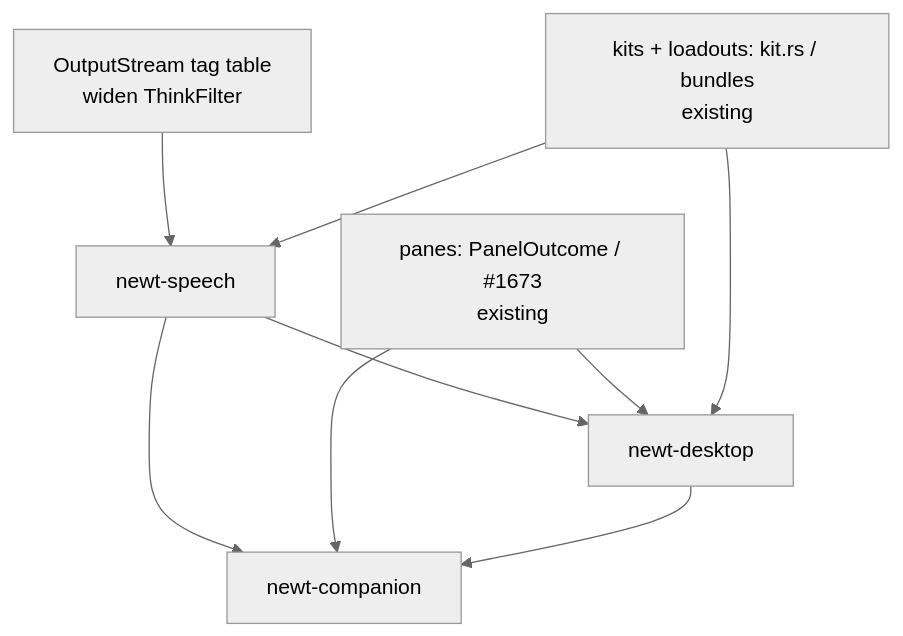
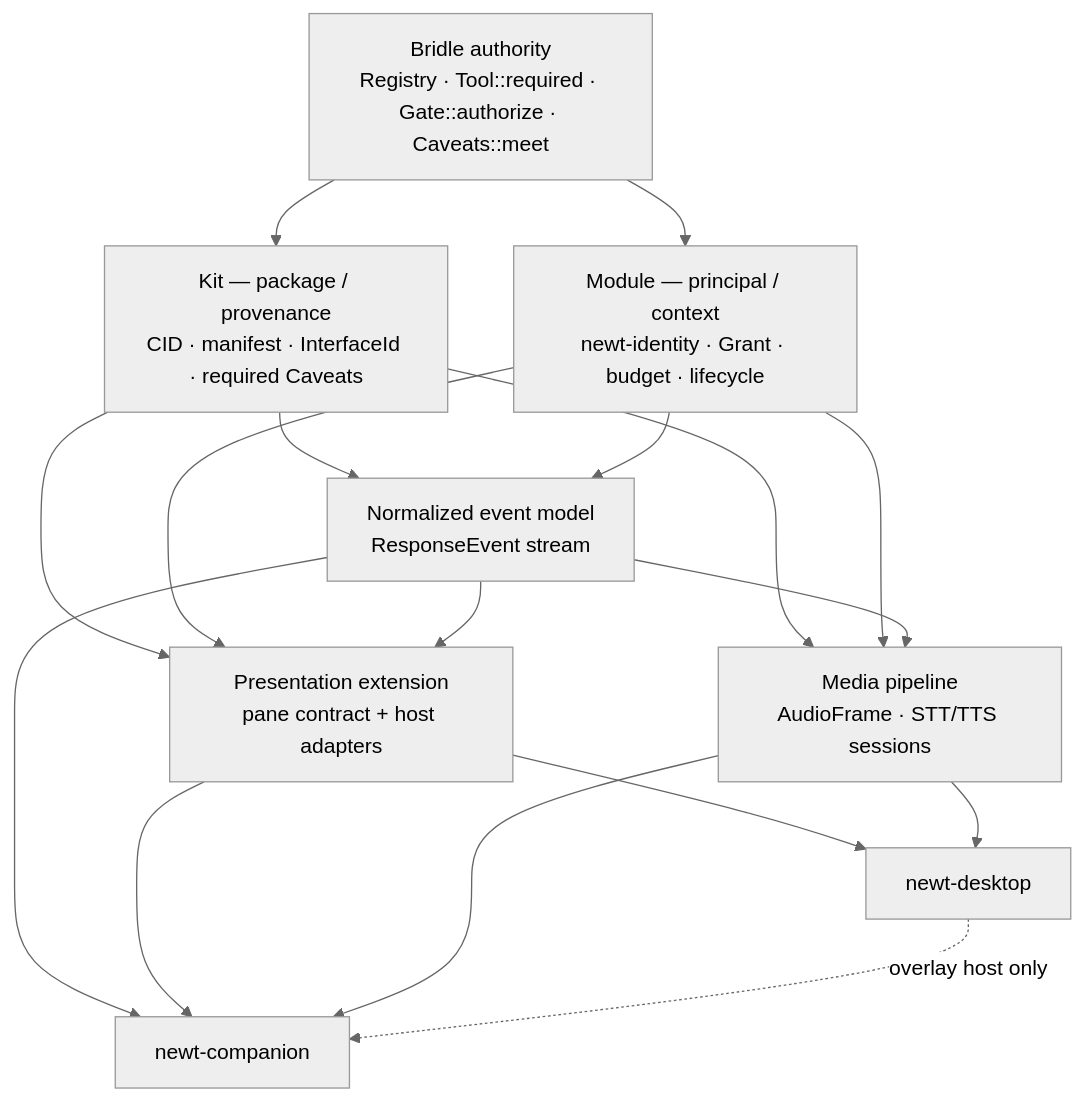
One commit to Gilamonster-Foundation/newt-agent changed the diagram in docs/design/companion-roadmap.md. Above: the diagram before and after it, drawn with Mermaid (neutral theme). The commit also changed other lines of this file and 8 other files, not shown here.

First line of the commit message:
docs(design): apply #1732 request-changes — Bridle is the sole authority plane

````diff
--- a/docs/design/companion-roadmap.md
+++ b/docs/design/companion-roadmap.md
@@ -36,11 +52,27 @@
 ```mermaid
 graph TD
-    T[OutputStream tag table<br/>widen ThinkFilter] --> S[newt-speech]
-    S --> D[newt-desktop]
-    S --> C[newt-companion]
-    P[panes: PanelOutcome / #1673<br/>existing] --> D
+    B[Bridle authority<br/>Registry · Tool::required · Gate::authorize · Caveats::meet]
+    K[Kit — package / provenance<br/>CID · manifest · InterfaceId · required Caveats]
+    M[Module — principal / context<br/>newt-identity · Grant · budget · lifecycle]
+    E[Normalized event model<br/>ResponseEvent stream]
+    P[Presentation extension<br/>pane contract + host adapters]
+    A[Media pipeline<br/>AudioFrame · STT/TTS sessions]
+    D[newt-desktop]
+    C[newt-companion]
+    B --> K
+    B --> M
+    K --> E
+    M --> E
+    K --> P
+    M --> P
+    K --> A
+    M --> A
+    E --> P
+    E --> A
+    E --> C
+    P --> D
+    A --> D
     P --> C
-    K[kits + loadouts: kit.rs / bundles<br/>existing] --> S
-    K --> D
-    D --> C
+    A --> C
+    D -.->|overlay host only| C
 ```
````
